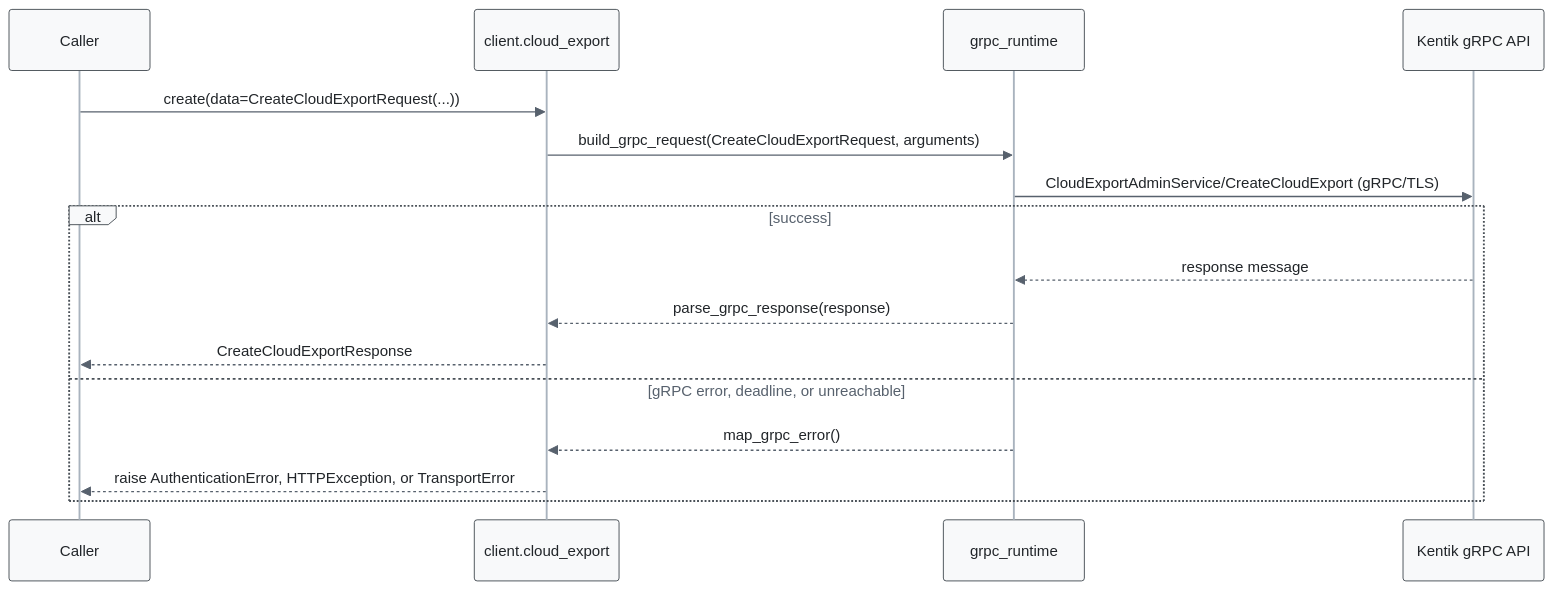
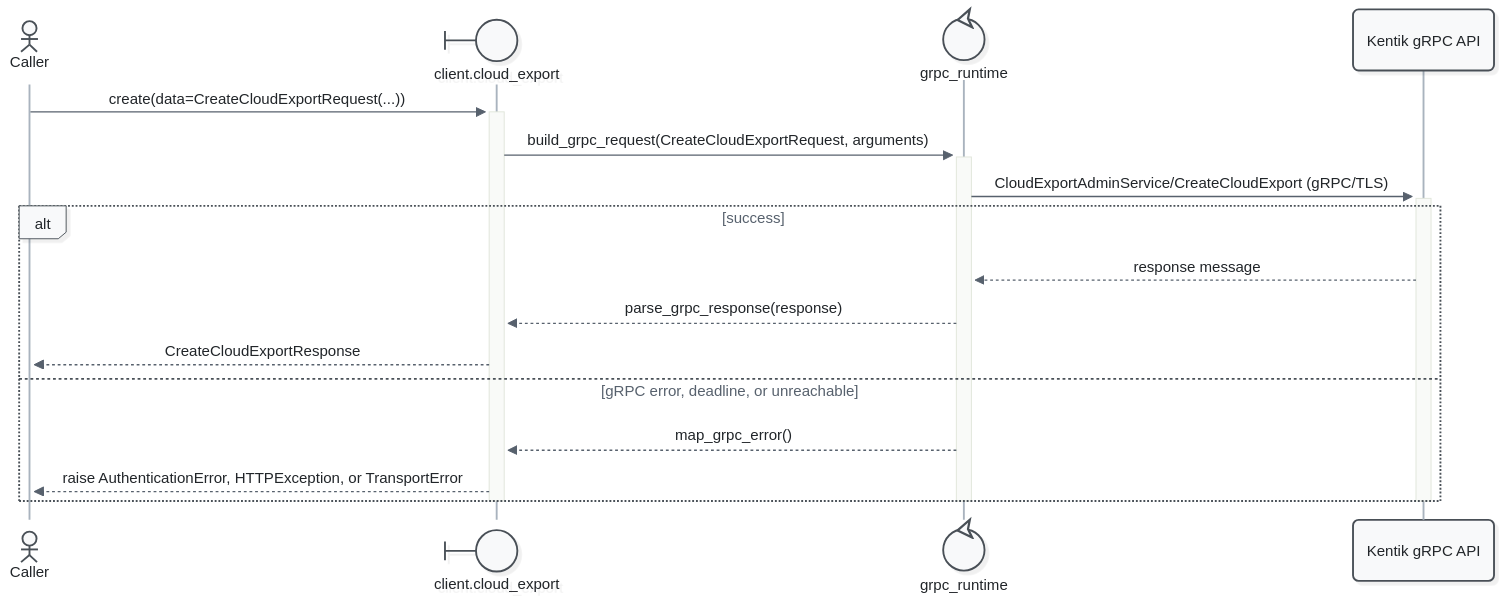
One commit to alexdearaujo/community_sdk_python changed the fourth of 11 diagrams in docs/sphinx/services/cloud_export.md. Above: the diagram before and after it, drawn with Mermaid. The commit also changed other lines of this file and 52 other files, not shown here.

First line of the commit message:
docs: Mermaid 12 sequence diagrams with participant types and path colors

````diff
--- a/docs/sphinx/services/cloud_export.md
+++ b/docs/sphinx/services/cloud_export.md
@@ -125,20 +132,23 @@
 ```mermaid
-%%{init: {"theme": "base", "fontFamily": "ui-monospace, SFMono-Regular, Menlo, monospace", "themeVariables": {"fontFamily": "ui-monospace, SFMono-Regular, Menlo, monospace", "primaryColor": "#f8f9fa", "primaryBorderColor": "#495057", "primaryTextColor": "#212529", "textColor": "#212529", "lineColor": "#77818c", "edgeLabelBackground": "#ffffff", "actorBkg": "#f8f9fa", "actorBorder": "#495057", "actorTextColor": "#212529", "actorLineColor": "#a9b3be", "signalColor": "#57616d", "signalTextColor": "#212529", "labelBoxBkgColor": "#f8f9fa", "labelBoxBorderColor": "#495057", "labelTextColor": "#212529", "loopTextColor": "#57616d", "noteBkgColor": "#fff9db", "noteBorderColor": "#f08c00", "noteTextColor": "#a35a00"}, "flowchart": {"curve": "step", "nodeSpacing": 30, "rankSpacing": 70, "wrappingWidth": 400}}}%%
+%%{init: {"theme": "redux", "look": "neo", "layout": "dagre", "fontFamily": "ui-monospace, SFMono-Regular, Menlo, monospace", "themeVariables": {"fontFamily": "ui-monospace, SFMono-Regular, Menlo, monospace", "primaryColor": "#f8f9fa", "primaryBorderColor": "#495057", "primaryTextColor": "#212529", "textColor": "#212529", "lineColor": "#77818c", "edgeLabelBackground": "#ffffff", "actorBkg": "#f8f9fa", "actorBorder": "#495057", "actorTextColor": "#212529", "actorLineColor": "#a9b3be", "signalColor": "#57616d", "signalTextColor": "#212529", "labelBoxBkgColor": "#f8f9fa", "labelBoxBorderColor": "#495057", "labelTextColor": "#212529", "loopTextColor": "#57616d", "noteBkgColor": "#fff9db", "noteBorderColor": "#f08c00", "noteTextColor": "#a35a00"}, "sequence": {"activationWidth": 16}, "flowchart": {"curve": "step", "nodeSpacing": 30, "rankSpacing": 70, "wrappingWidth": 400}}}%%
 sequenceDiagram
-    participant C as Caller
-    participant W as client.cloud_export
-    participant R as grpc_runtime
+    actor C as Caller
+    participant W@{ "type": "boundary" } as client.cloud_export
+    participant R@{ "type": "control" } as grpc_runtime
     participant API as Kentik gRPC API
 
-    C->>W: create(data=CreateCloudExportRequest(...))
-    W->>R: build_grpc_request(CreateCloudExportRequest, arguments)
-    R->>API: CloudExportAdminService/CreateCloudExport (gRPC/TLS)
+    C->>+W: create(data=CreateCloudExportRequest(...))
+    W->>+R: build_grpc_request(CreateCloudExportRequest, arguments)
+    R->>+API: CloudExportAdminService/CreateCloudExport (gRPC/TLS)
     alt success
         API-->>R: response message
         R-->>W: parse_grpc_response(response)
         W-->>C: CreateCloudExportResponse
     else gRPC error, deadline, or unreachable
         R-->>W: map_grpc_error()
         W-->>C: raise AuthenticationError, HTTPException, or TransportError
     end
+    deactivate API
+    deactivate R
+    deactivate W
 ```
````
